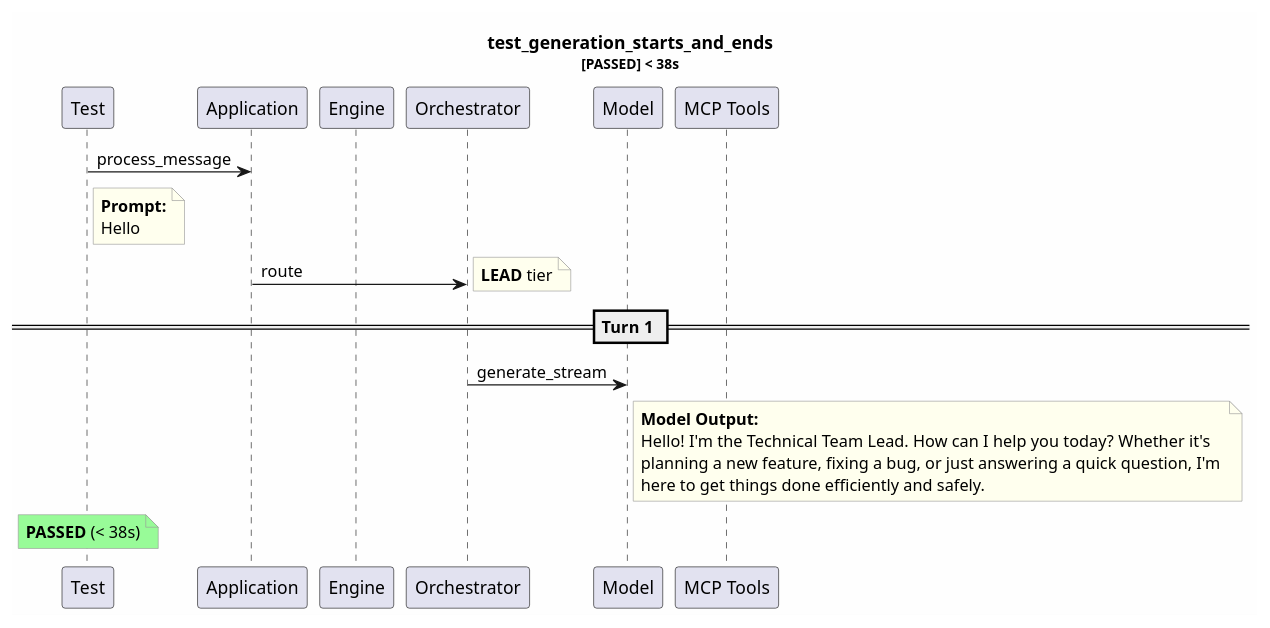
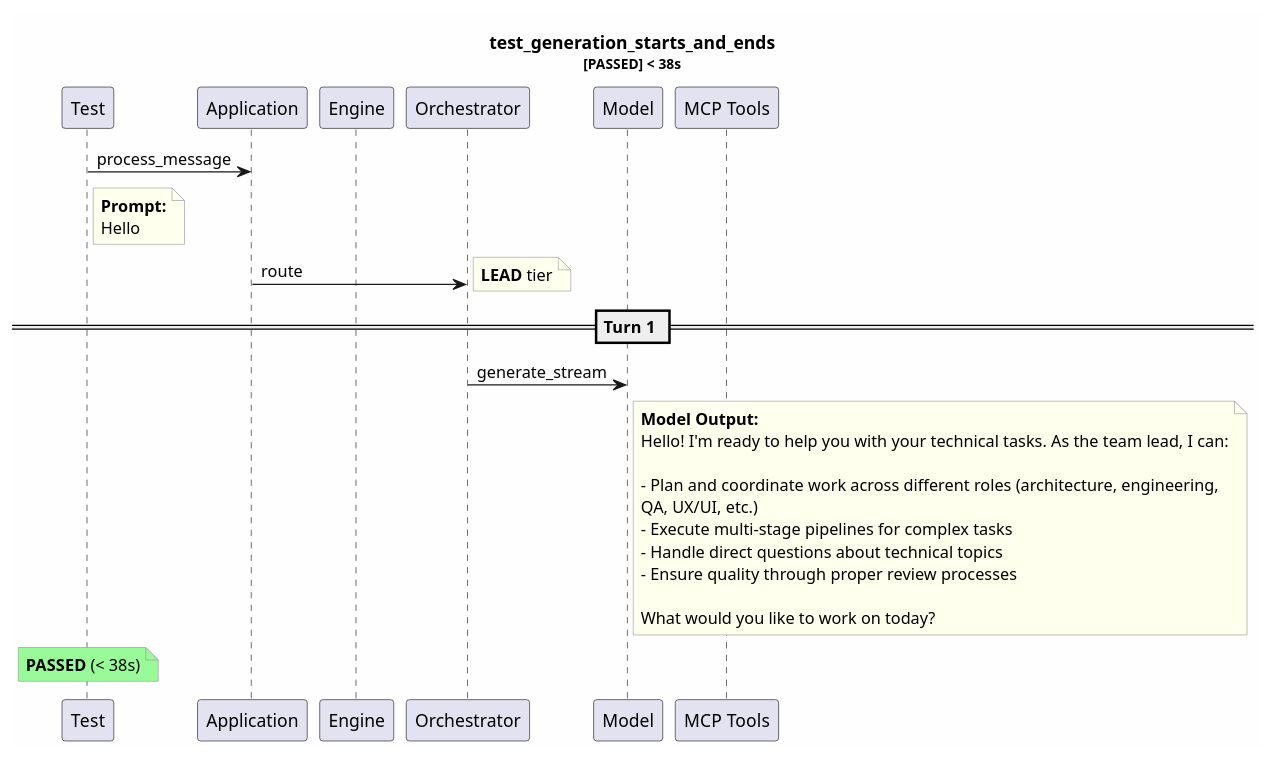
The diagram in test-reports/logs/test_generation_starts_and_ends/test_generation_starts_and_ends.puml (tvanfossen/entropic), drawn with PlantUML before and after one commit. The commit also changed 11 other files, not shown here.

```diff
--- a/test-reports/logs/test_generation_starts_and_ends/test_generation_starts_and_ends.puml
+++ b/test-reports/logs/test_generation_starts_and_ends/test_generation_starts_and_ends.puml
@@ -1,33 +1,39 @@
 @startuml
 skinparam backgroundColor #FEFEFE
 skinparam noteBorderColor #999999
 skinparam noteBackgroundColor #FFFFEE
 title test_generation_starts_and_ends\n<size:11>[PASSED] < 38s</size>
 
 participant "Test" as T
 participant "Application" as App
 participant "Engine" as Eng
 participant "Orchestrator" as Orch
 participant "Model" as Mdl
 participant "MCP Tools" as MCP
 
 T -> App: process_message
 note right of T
   **Prompt:**
   Hello
 end note
 App -> Orch: route
 note right: **LEAD** tier
 == Turn 1 ==
 Orch -> Mdl: generate_stream
 note right of Mdl
   **Model Output:**
-  Hello! I'm the Technical Team Lead. How can I help you today? Whether it's 
-  planning a new feature, fixing a bug, or just answering a quick question, I'm 
-  here to get things done efficiently and safely.
+  Hello! I'm ready to help you with your technical tasks. As the team lead, I can:
+  
+  - Plan and coordinate work across different roles (architecture, engineering, 
+  QA, UX/UI, etc.)
+  - Execute multi-stage pipelines for complex tasks
+  - Handle direct questions about technical topics
+  - Ensure quality through proper review processes
+  
+  What would you like to work on today?
 end note
 note over T #palegreen
   **PASSED** (< 38s)
 end note
 
 @enduml
```
